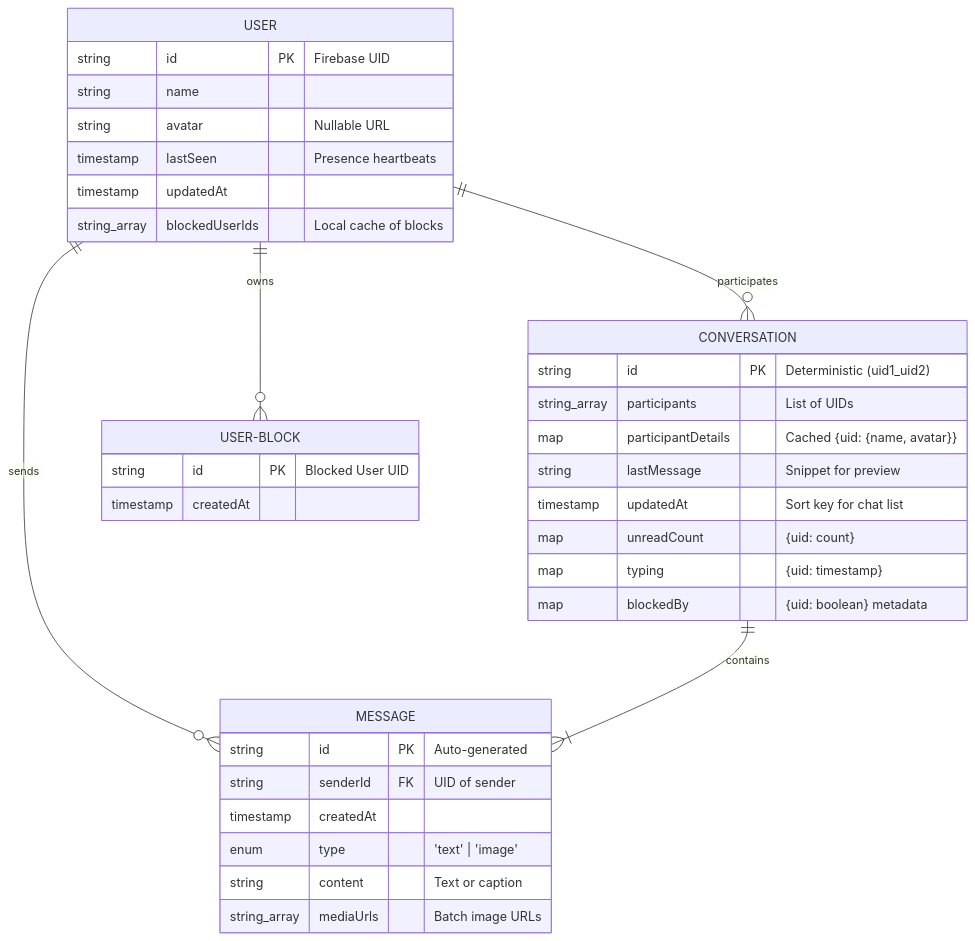
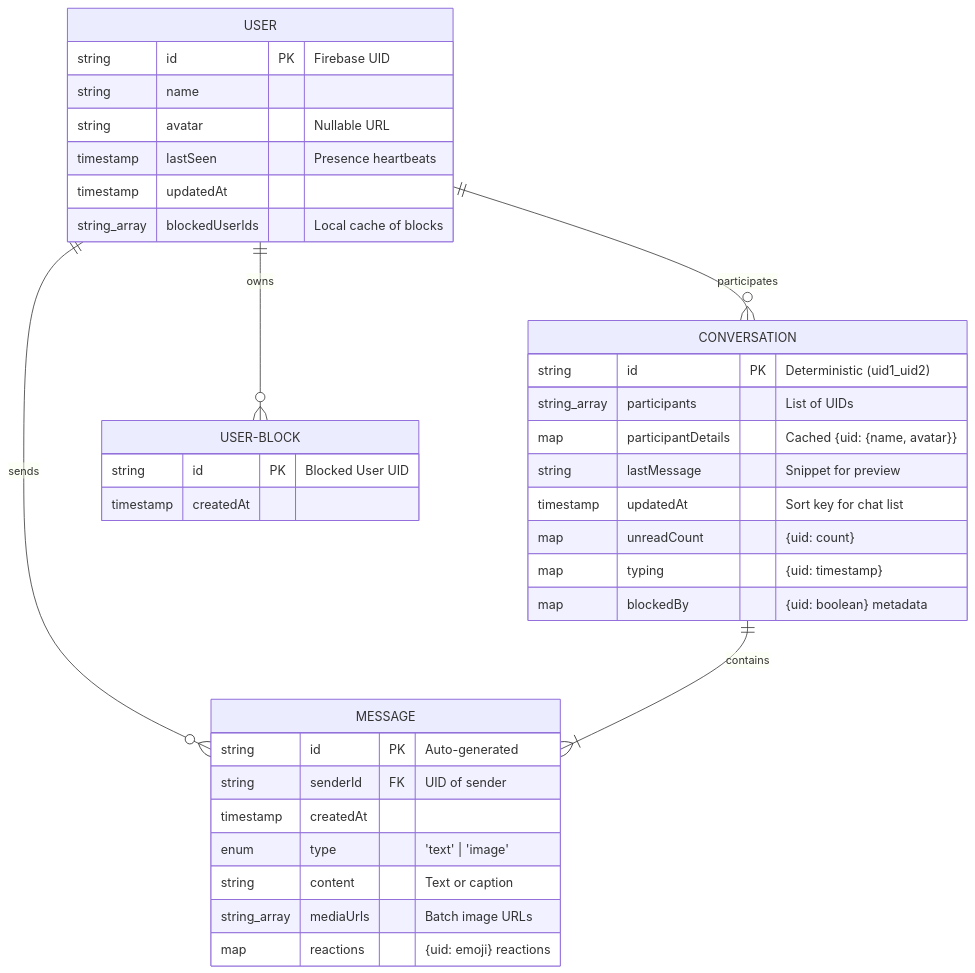
One commit to empiretylh/artspacenextjs changed the diagram in src/features/chat/README.md. Above: the diagram before and after it, drawn with Mermaid. The commit also changed other lines of this file and 8 other files, not shown here.

````diff
--- a/src/features/chat/README.md
+++ b/src/features/chat/README.md
@@ -14,41 +14,42 @@
 ```mermaid
 erDiagram
     USER ||--o{ CONVERSATION : participates
     USER ||--o{ MESSAGE : sends
     USER ||--o{ USER-BLOCK : owns
     CONVERSATION ||--|{ MESSAGE : contains
 
     USER {
         string id PK "Firebase UID"
         string name
         string avatar "Nullable URL"
         timestamp lastSeen "Presence heartbeats"
         timestamp updatedAt
         string_array blockedUserIds "Local cache of blocks"
     }
 
     CONVERSATION {
         string id PK "Deterministic (uid1_uid2)"
         string_array participants "List of UIDs"
         map participantDetails "Cached {uid: {name, avatar}}"
         string lastMessage "Snippet for preview"
         timestamp updatedAt "Sort key for chat list"
         map unreadCount "{uid: count}"
         map typing "{uid: timestamp}"
         map blockedBy "{uid: boolean} metadata"
     }
 
     MESSAGE {
         string id PK "Auto-generated"
         string senderId FK "UID of sender"
         timestamp createdAt
         enum type "'text' | 'image'"
         string content "Text or caption"
         string_array mediaUrls "Batch image URLs"
+        map reactions "{uid: emoji} reactions"
     }
 
     USER-BLOCK {
         string id PK "Blocked User UID"
         timestamp createdAt
     }
 ```
````
